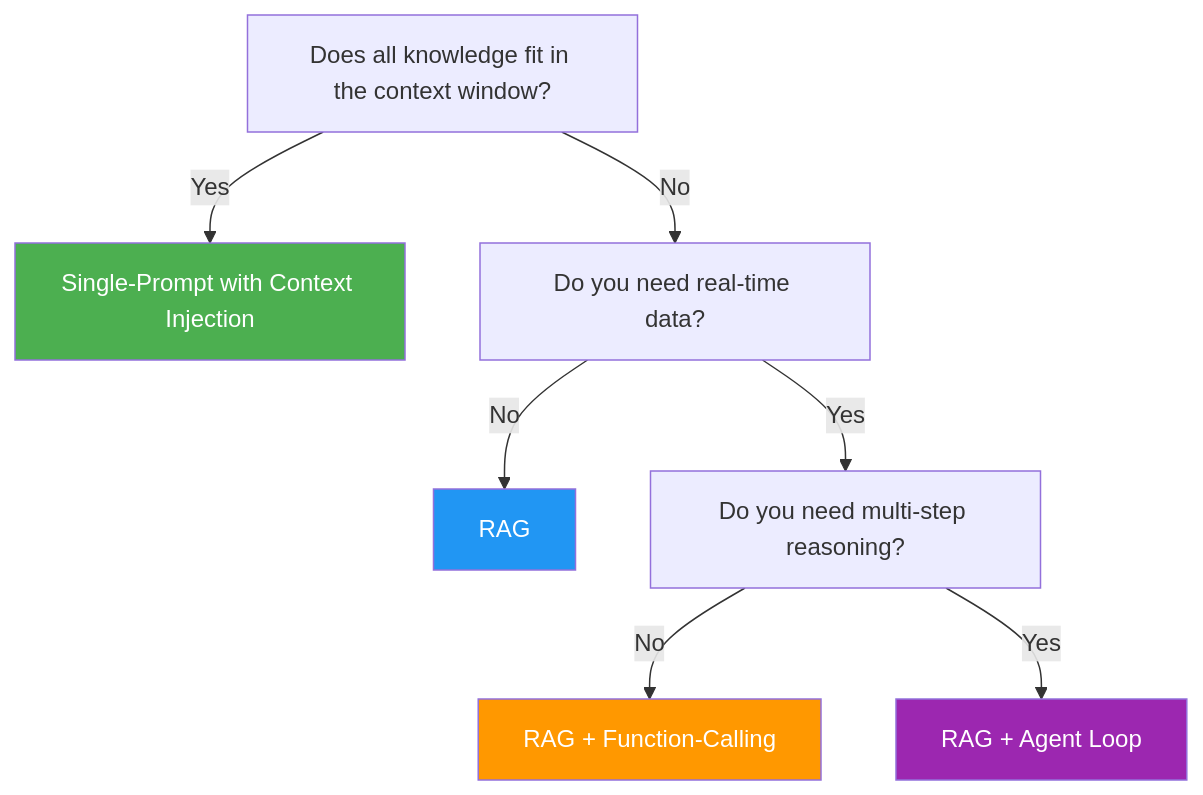
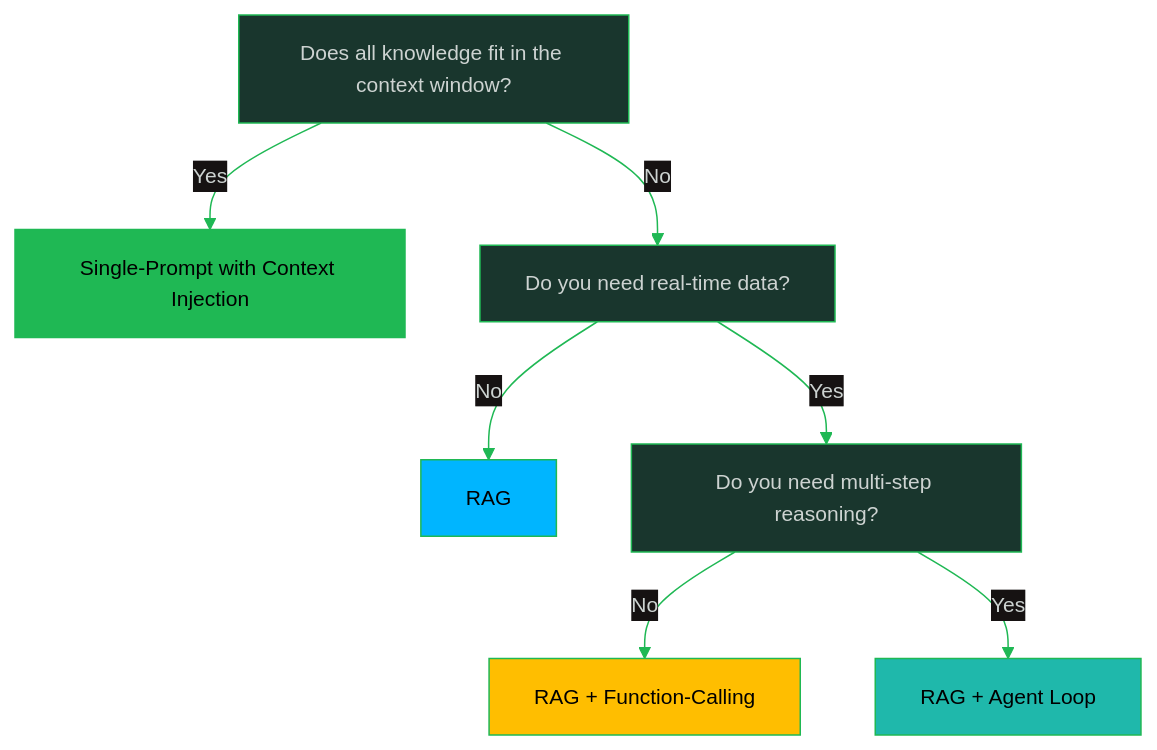
The third of 3 diagrams in computing-foundation-note/Artificial_Intelligence/10_LLM_Production_Patterns.md (oat431/swe-knowledge), drawn with Mermaid before and after one commit. The commit also changed other lines of this file and 139 other files, not shown here.

````diff
--- a/computing-foundation-note/Artificial_Intelligence/10_LLM_Production_Patterns.md
+++ b/computing-foundation-note/Artificial_Intelligence/10_LLM_Production_Patterns.md
@@ -192,14 +196,15 @@
 ```mermaid
+%%{init: {'theme':'base','themeVariables':{'primaryColor':'#19362D','primaryTextColor':'#CDD3D1','primaryBorderColor':'#1FB854','lineColor':'#1FB854','secondaryColor':'#161212','tertiaryColor':'#1B1717','background':'#1B1717','mainBkg':'#19362D','nodeBorder':'#1FB854','clusterBkg':'#161212','clusterBorder':'#19362D','titleColor':'#1FB854','edgeLabelBackground':'#161212','fontSize':'14px'}}}%%
 flowchart TD
     START["Does all knowledge fit in the context window?"] -->|Yes| SINGLE["Single-Prompt with Context Injection"]
     START -->|No| RAG_Q["Do you need real-time data?"]
     RAG_Q -->|No| RAG["RAG"]
     RAG_Q -->|Yes| FC_Q["Do you need multi-step reasoning?"]
     FC_Q -->|No| FC["RAG + Function-Calling"]
     FC_Q -->|Yes| AGENT["RAG + Agent Loop"]
 
-    style SINGLE fill:#4CAF50,color:#fff
-    style RAG fill:#2196F3,color:#fff
-    style FC fill:#FF9800,color:#fff
-    style AGENT fill:#9C27B0,color:#fff
+    style SINGLE fill:#1FB854,color:#000000
+    style RAG fill:#00B5FF,color:#000000
+    style FC fill:#FFBE00,color:#000000
+    style AGENT fill:#1FB8AB,color:#000000
 ```
````
